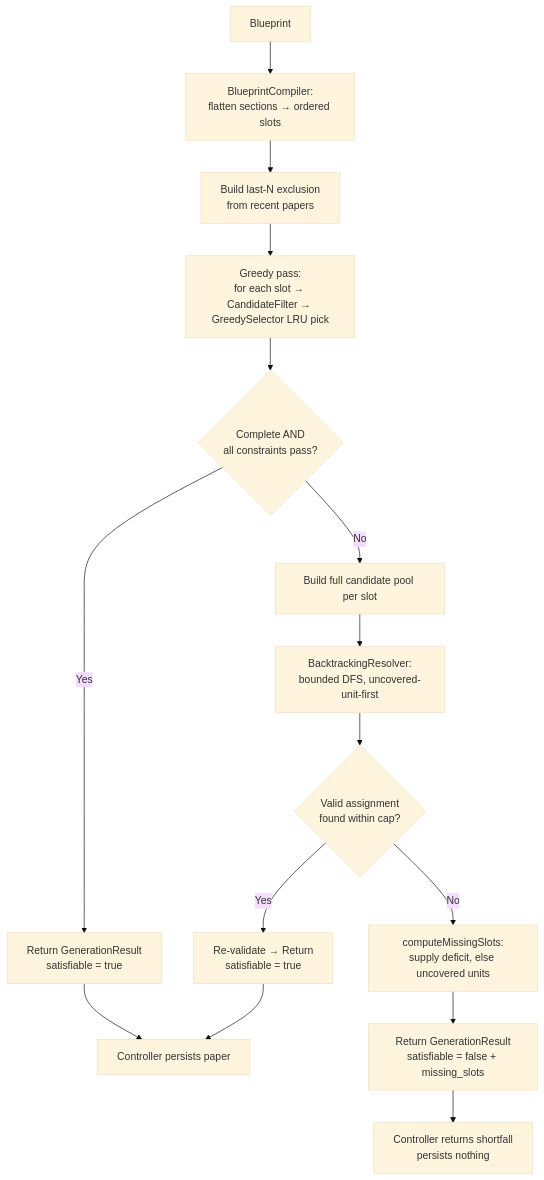
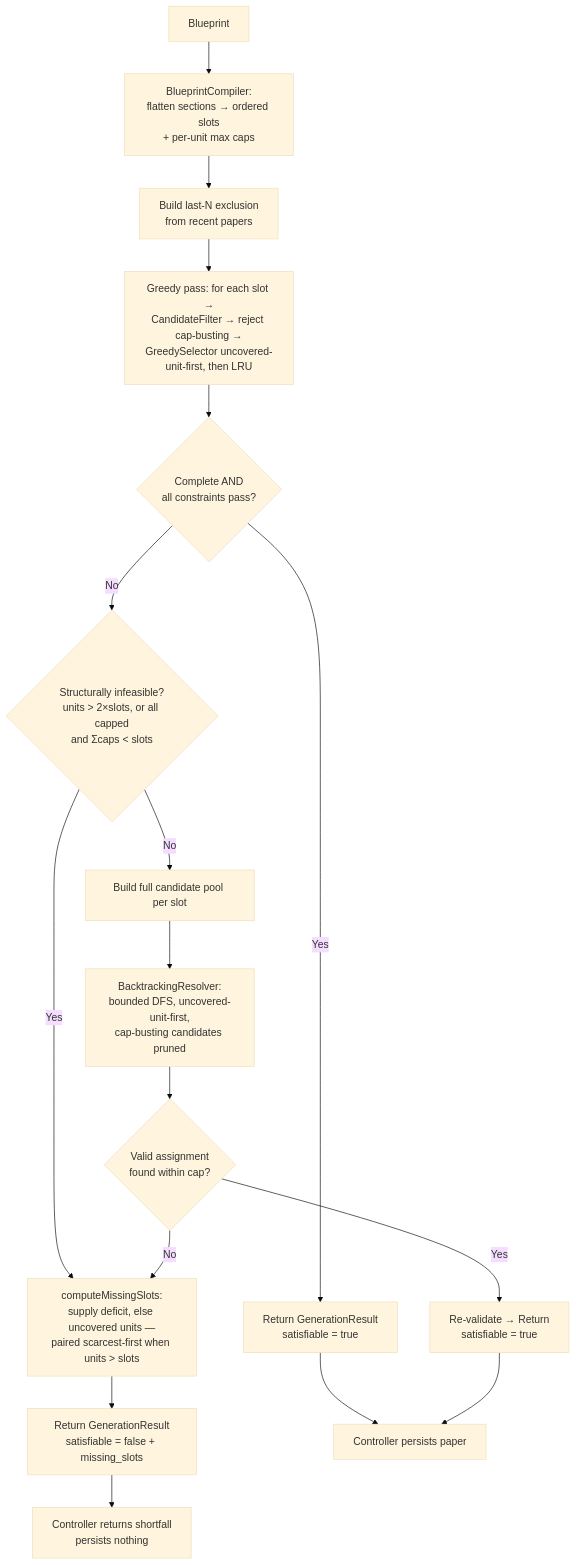
One commit to rohitshakyaa/Q-Forge changed the second of 3 diagrams in docs/VIVA-GUIDE.md. Above: the diagram before and after it, drawn with Mermaid (base theme). The commit also changed other lines of this file, not shown here.

Commit message:
feat: Enhance coverage-aware greedy algorithm and multi-unit question handling in Viva Guide

````diff
--- a/docs/VIVA-GUIDE.md
+++ b/docs/VIVA-GUIDE.md
@@ -335,17 +374,19 @@
 ```mermaid
 flowchart TD
-    A[Blueprint] --> B[BlueprintCompiler:<br/>flatten sections → ordered slots]
+    A[Blueprint] --> B[BlueprintCompiler:<br/>flatten sections → ordered slots<br/>+ per-unit max caps]
     B --> C[Build last-N exclusion<br/>from recent papers]
-    C --> D[Greedy pass:<br/>for each slot → CandidateFilter → GreedySelector LRU pick]
+    C --> D[Greedy pass: for each slot →<br/>CandidateFilter → reject cap-busting →<br/>GreedySelector uncovered-unit-first, then LRU]
     D --> E{Complete AND<br/>all constraints pass?}
     E -->|Yes| F[Return GenerationResult<br/>satisfiable = true]
-    E -->|No| G[Build full candidate pool per slot]
-    G --> H[BacktrackingResolver:<br/>bounded DFS, uncovered-unit-first]
+    E -->|No| E2{Structurally infeasible?<br/>units > 2×slots, or all capped<br/>and Σcaps < slots}
+    E2 -->|Yes| K
+    E2 -->|No| G[Build full candidate pool per slot]
+    G --> H[BacktrackingResolver:<br/>bounded DFS, uncovered-unit-first,<br/>cap-busting candidates pruned]
     H --> I{Valid assignment<br/>found within cap?}
     I -->|Yes| J[Re-validate → Return<br/>satisfiable = true]
-    I -->|No| K[computeMissingSlots:<br/>supply deficit, else uncovered units]
+    I -->|No| K[computeMissingSlots:<br/>supply deficit, else uncovered units —<br/>paired scarcest-first when units > slots]
     K --> L[Return GenerationResult<br/>satisfiable = false + missing_slots]
     F --> M[Controller persists paper]
     J --> M
     L --> N[Controller returns shortfall<br/>persists nothing]
 ```
````
